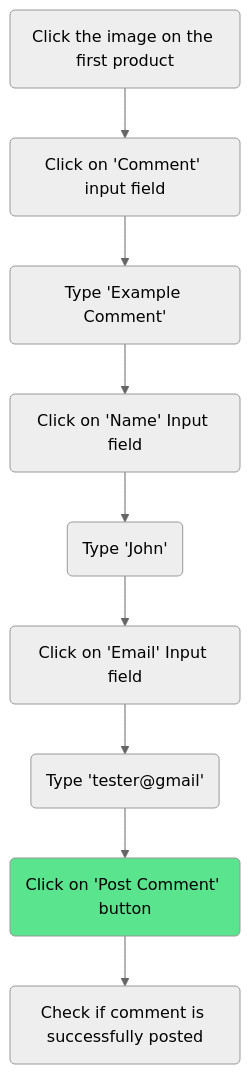
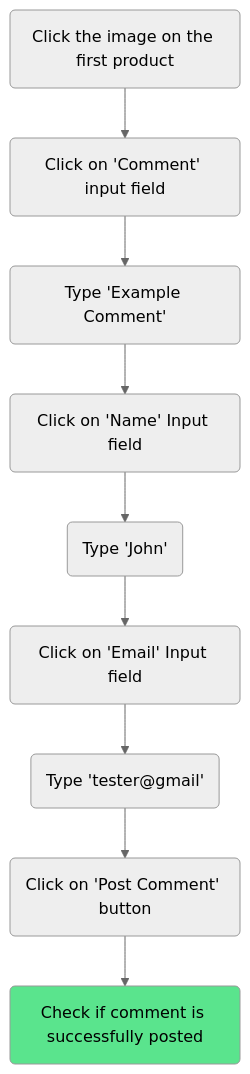
Before and after one commit to viksarda/qa-task: the third of 3 diagrams in packages/documentation/docs/scenarios/product.md, drawn with Mermaid (neutral theme). The commit also changed 12 other files, not shown here.

````diff
--- a/packages/documentation/docs/scenarios/product.md
+++ b/packages/documentation/docs/scenarios/product.md
@@ -82,13 +82,13 @@
 ```mermaid
 graph TD;
     id1(Click the image on the first product)-->id2(Click on 'Comment' input field)
     id2-->id3(Type 'Example Comment')
     id3-->id4(Click on 'Name' Input field)
     id4-->id5(Type 'John')
     id5-->id6(Click on 'Email' Input field)
     id6-->id7(Type 'tester@gmail')
     id7-->id8(Click on 'Post Comment' button)
     id8-->id9(Check if comment is successfully posted)
 
-    style id8 fill:#5AE48D,color:#000000
+    style id9 fill:#5AE48D,color:#000000
 ```
````
